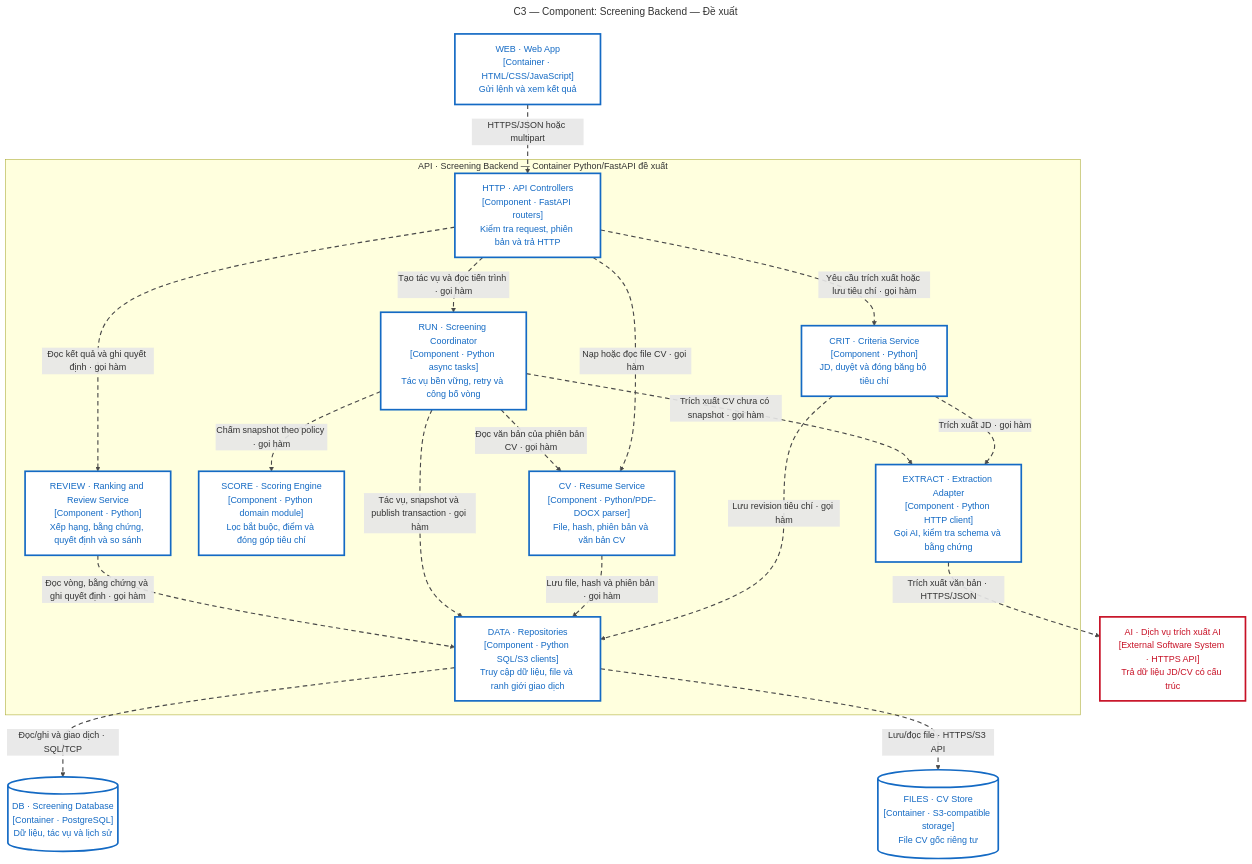
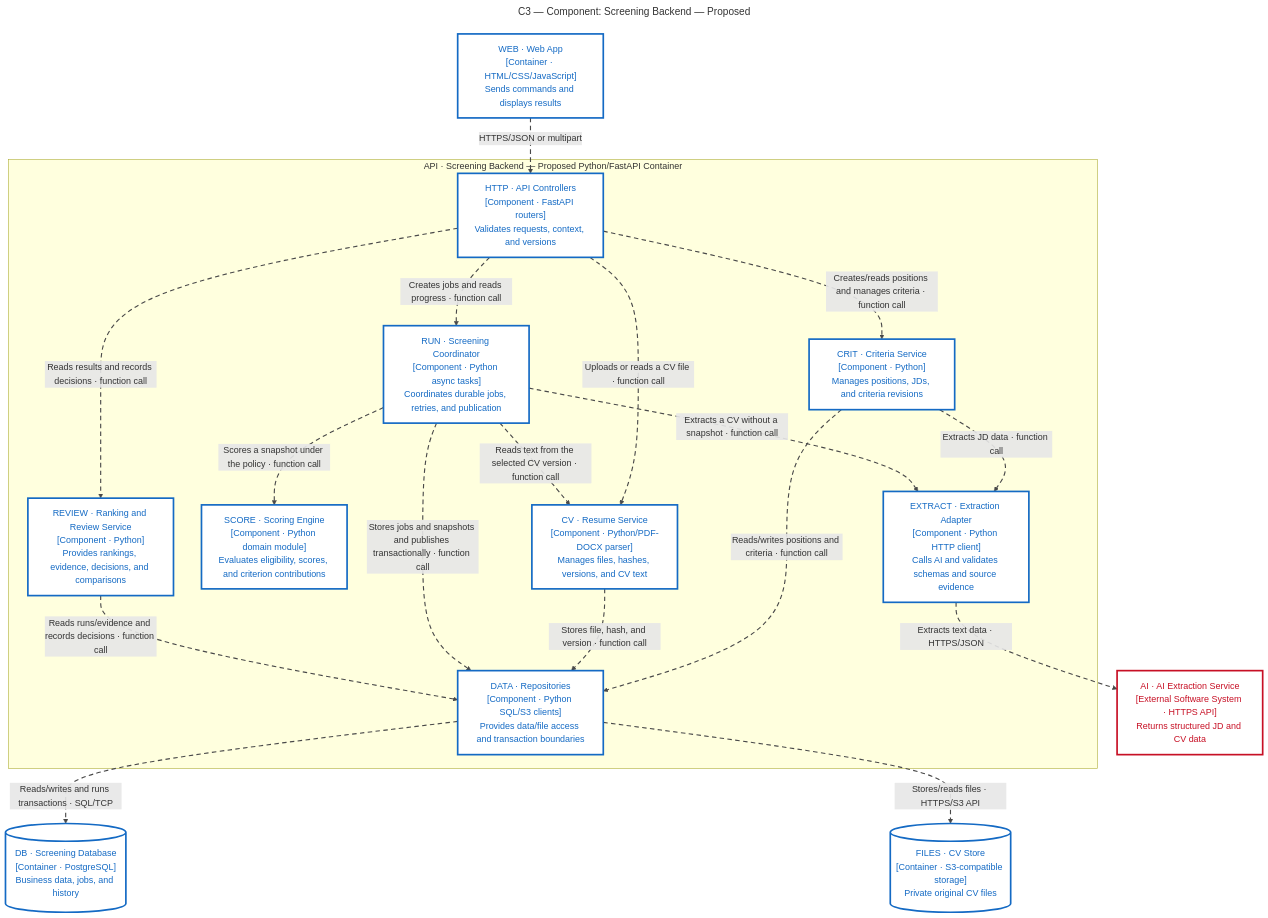
Before and after one commit to linkoc119/recruitment-assistant: the diagram in docs/architecture/c3-components.md, drawn with Mermaid. The commit also changed other lines of this file and 22 other files, not shown here.

````diff
--- a/docs/architecture/c3-components.md
+++ b/docs/architecture/c3-components.md
@@ -16,43 +16,43 @@
 ```mermaid
 ---
-title: "C3 — Component: Screening Backend — Đề xuất"
+title: "C3 — Component: Screening Backend — Proposed"
 ---
 flowchart TB
-    WEB["WEB · Web App<br/>[Container · HTML/CSS/JavaScript]<br/>Gửi lệnh và xem kết quả"]
-    subgraph API["API · Screening Backend — Container Python/FastAPI đề xuất"]
-        HTTP["HTTP · API Controllers<br/>[Component · FastAPI routers]<br/>Kiểm tra request, phiên bản và trả HTTP"]
-        CRIT["CRIT · Criteria Service<br/>[Component · Python]<br/>JD, duyệt và đóng băng bộ tiêu chí"]
-        CV["CV · Resume Service<br/>[Component · Python/PDF-DOCX parser]<br/>File, hash, phiên bản và văn bản CV"]
-        RUN["RUN · Screening Coordinator<br/>[Component · Python async tasks]<br/>Tác vụ bền vững, retry và công bố vòng"]
-        SCORE["SCORE · Scoring Engine<br/>[Component · Python domain module]<br/>Lọc bắt buộc, điểm và đóng góp tiêu chí"]
-        REVIEW["REVIEW · Ranking and Review Service<br/>[Component · Python]<br/>Xếp hạng, bằng chứng, quyết định và so sánh"]
-        EXTRACT["EXTRACT · Extraction Adapter<br/>[Component · Python HTTP client]<br/>Gọi AI, kiểm tra schema và bằng chứng"]
-        DATA["DATA · Repositories<br/>[Component · Python SQL/S3 clients]<br/>Truy cập dữ liệu, file và ranh giới giao dịch"]
-        HTTP -->|"Yêu cầu trích xuất hoặc lưu tiêu chí · gọi hàm"| CRIT
-        HTTP -->|"Nạp hoặc đọc file CV · gọi hàm"| CV
-        HTTP -->|"Tạo tác vụ và đọc tiến trình · gọi hàm"| RUN
-        HTTP -->|"Đọc kết quả và ghi quyết định · gọi hàm"| REVIEW
-        CRIT -->|"Trích xuất JD · gọi hàm"| EXTRACT
-        CRIT -->|"Lưu revision tiêu chí · gọi hàm"| DATA
-        CV -->|"Lưu file, hash và phiên bản · gọi hàm"| DATA
-        RUN -->|"Đọc văn bản của phiên bản CV · gọi hàm"| CV
-        RUN -->|"Trích xuất CV chưa có snapshot · gọi hàm"| EXTRACT
-        RUN -->|"Chấm snapshot theo policy · gọi hàm"| SCORE
-        RUN -->|"Tác vụ, snapshot và publish transaction · gọi hàm"| DATA
-        REVIEW -->|"Đọc vòng, bằng chứng và ghi quyết định · gọi hàm"| DATA
+    WEB["WEB · Web App<br/>[Container · HTML/CSS/JavaScript]<br/>Sends commands and displays results"]
+    subgraph API["API · Screening Backend — Proposed Python/FastAPI Container"]
+        HTTP["HTTP · API Controllers<br/>[Component · FastAPI routers]<br/>Validates requests, context, and versions"]
+        CRIT["CRIT · Criteria Service<br/>[Component · Python]<br/>Manages positions, JDs, and criteria revisions"]
+        CV["CV · Resume Service<br/>[Component · Python/PDF-DOCX parser]<br/>Manages files, hashes, versions, and CV text"]
+        RUN["RUN · Screening Coordinator<br/>[Component · Python async tasks]<br/>Coordinates durable jobs, retries, and publication"]
+        SCORE["SCORE · Scoring Engine<br/>[Component · Python domain module]<br/>Evaluates eligibility, scores, and criterion contributions"]
+        REVIEW["REVIEW · Ranking and Review Service<br/>[Component · Python]<br/>Provides rankings, evidence, decisions, and comparisons"]
+        EXTRACT["EXTRACT · Extraction Adapter<br/>[Component · Python HTTP client]<br/>Calls AI and validates schemas and source evidence"]
+        DATA["DATA · Repositories<br/>[Component · Python SQL/S3 clients]<br/>Provides data/file access and transaction boundaries"]
+        HTTP -->|"Creates/reads positions and manages criteria · function call"| CRIT
+        HTTP -->|"Uploads or reads a CV file · function call"| CV
+        HTTP -->|"Creates jobs and reads progress · function call"| RUN
+        HTTP -->|"Reads results and records decisions · function call"| REVIEW
+        CRIT -->|"Extracts JD data · function call"| EXTRACT
+        CRIT -->|"Reads/writes positions and criteria · function call"| DATA
+        CV -->|"Stores file, hash, and version · function call"| DATA
+        RUN -->|"Reads text from the selected CV version · function call"| CV
+        RUN -->|"Extracts a CV without a snapshot · function call"| EXTRACT
+        RUN -->|"Scores a snapshot under the policy · function call"| SCORE
+        RUN -->|"Stores jobs and snapshots and publishes transactionally · function call"| DATA
+        REVIEW -->|"Reads runs/evidence and records decisions · function call"| DATA
     end
-    DB[("DB · Screening Database<br/>[Container · PostgreSQL]<br/>Dữ liệu, tác vụ và lịch sử")]
-    FILES[("FILES · CV Store<br/>[Container · S3-compatible storage]<br/>File CV gốc riêng tư")]
-    AI["AI · Dịch vụ trích xuất AI<br/>[External Software System · HTTPS API]<br/>Trả dữ liệu JD/CV có cấu trúc"]
-    WEB -->|"HTTPS/JSON hoặc multipart"| HTTP
-    DATA -->|"Đọc/ghi và giao dịch · SQL/TCP"| DB
-    DATA -->|"Lưu/đọc file · HTTPS/S3 API"| FILES
-    EXTRACT -->|"Trích xuất văn bản · HTTPS/JSON"| AI
+    DB[("DB · Screening Database<br/>[Container · PostgreSQL]<br/>Business data, jobs, and history")]
+    FILES[("FILES · CV Store<br/>[Container · S3-compatible storage]<br/>Private original CV files")]
+    AI["AI · AI Extraction Service<br/>[External Software System · HTTPS API]<br/>Returns structured JD and CV data"]
+    WEB -->|"HTTPS/JSON or multipart"| HTTP
+    DATA -->|"Reads/writes and runs transactions · SQL/TCP"| DB
+    DATA -->|"Stores/reads files · HTTPS/S3 API"| FILES
+    EXTRACT -->|"Extracts text data · HTTPS/JSON"| AI
     classDef internal fill:#fff,color:#146ac4,stroke:#146ac4,stroke-width:3px
     classDef neighbour fill:#fff,color:#146ac4,stroke:#146ac4,stroke-width:3px
     classDef external fill:#fff,color:#c71025,stroke:#c71025,stroke-width:3px
     class HTTP,CRIT,CV,RUN,SCORE,REVIEW,EXTRACT,DATA internal
     class WEB,DB,FILES neighbour
     class AI external
     linkStyle default stroke:#494949,stroke-width:2px,stroke-dasharray:8 6
 ```
````
